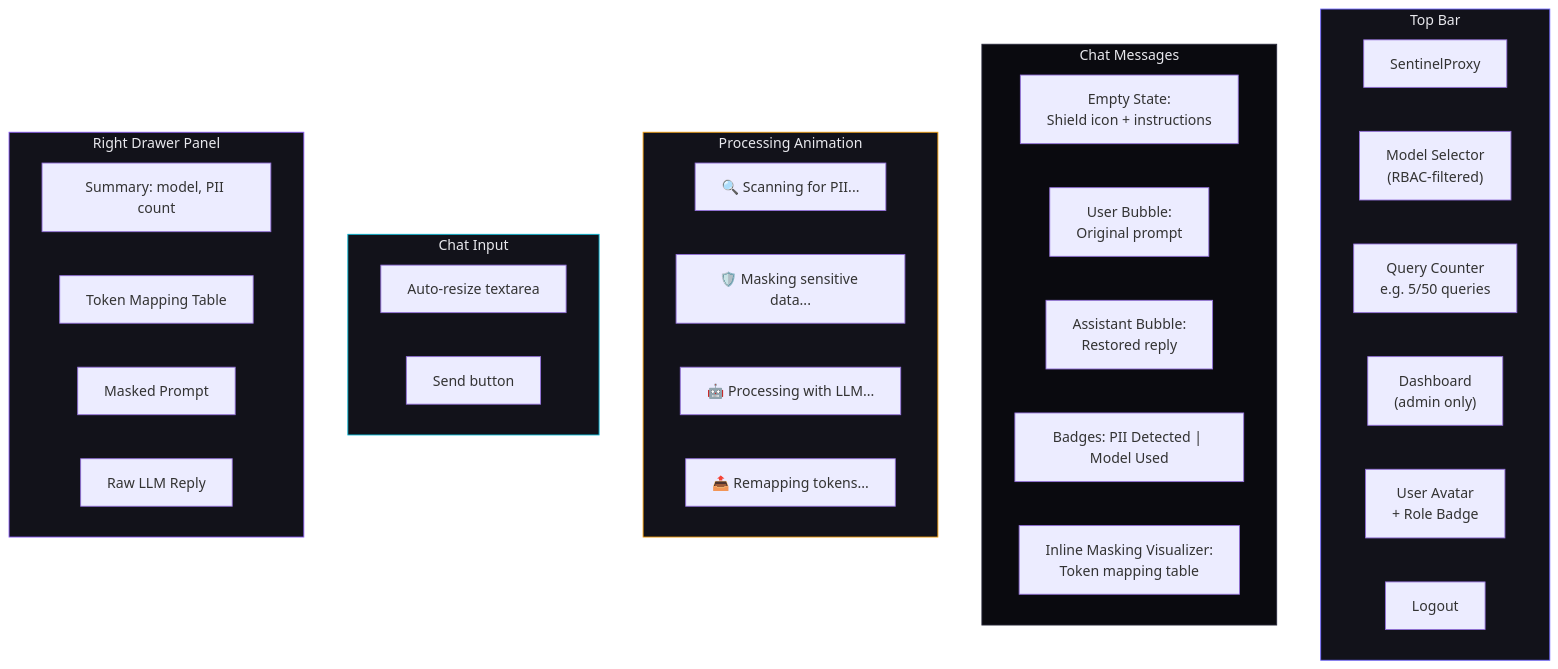
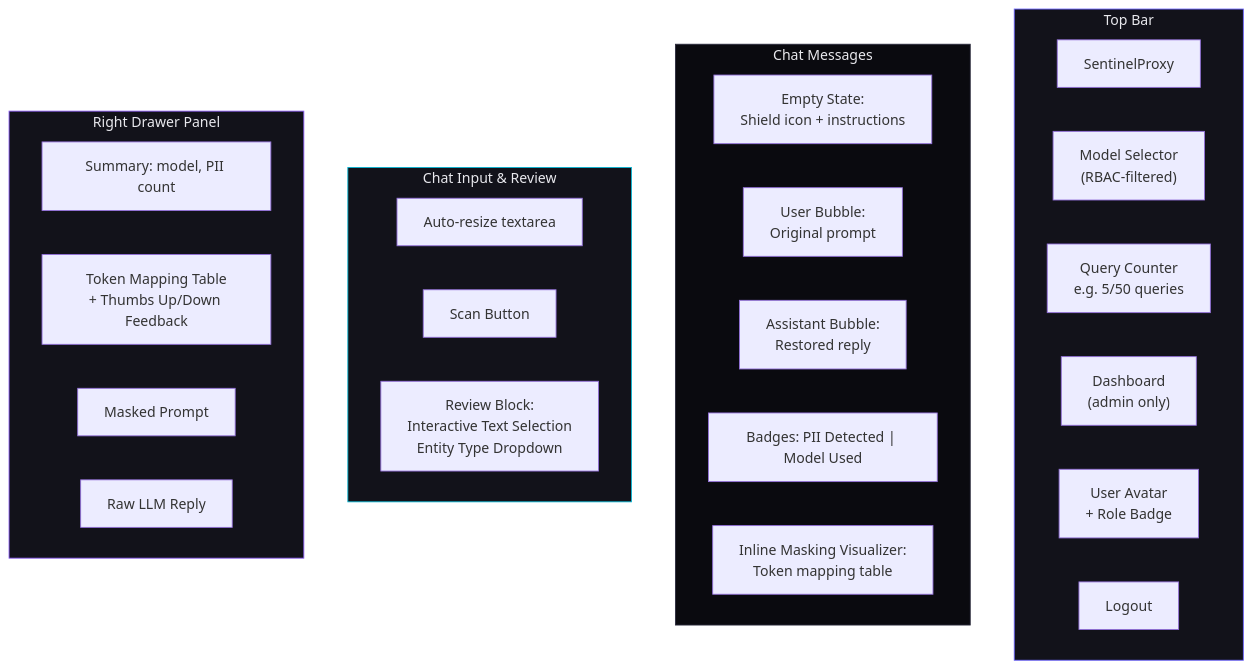
One commit to Adiladnan321/sentinalproxy changed the fifth of 6 diagrams in README.md. Above: the diagram before and after it, drawn with Mermaid. The commit also changed other lines of this file and 5 other files, not shown here.

````diff
--- a/README.md
+++ b/README.md
@@ -486,44 +530,37 @@
 ```mermaid
 graph TD
     subgraph TopBar["Top Bar"]
         BRAND["SentinelProxy"]
         MODEL["Model Selector<br/>(RBAC-filtered)"]
         LIMIT["Query Counter<br/>e.g. 5/50 queries"]
         ADMIN["Dashboard<br/>(admin only)"]
         PROFILE["User Avatar<br/>+ Role Badge"]
         LOGOUT[" Logout"]
     end
 
     subgraph ChatArea["Chat Messages"]
         EMPTY["Empty State:<br/>Shield icon + instructions"]
         USER_MSG["User Bubble:<br/>Original prompt"]
         ASST_MSG["Assistant Bubble:<br/>Restored reply"]
         BADGES["Badges: PII Detected | Model Used"]
         VIZ["Inline Masking Visualizer:<br/>Token mapping table"]
     end
 
-    subgraph Processing["Processing Animation"]
-        S1["🔍 Scanning for PII..."]
-        S2["🛡️ Masking sensitive data..."]
-        S3["🤖 Processing with LLM..."]
-        S4["📤 Remapping tokens..."]
-    end
-
-    subgraph InputArea["Chat Input"]
+    subgraph InputArea["Chat Input & Review"]
         TEXTAREA["Auto-resize textarea"]
-        SEND["Send button"]
+        SEND["Scan Button"]
+        REVIEW["Review Block:<br/>Interactive Text Selection<br/>Entity Type Dropdown"]
     end
 
     subgraph Drawer["Right Drawer Panel"]
         SUMMARY["Summary: model, PII count"]
-        MAPPING["Token Mapping Table"]
+        MAPPING["Token Mapping Table<br/>+ Thumbs Up/Down Feedback"]
         MASKED_P["Masked Prompt"]
         RAW_R["Raw LLM Reply"]
     end
 
     style TopBar fill:#12121a,stroke:#6c63ff,color:#e8e8ed
     style ChatArea fill:#0a0a0f,stroke:#2a2a3c,color:#e8e8ed
-    style Processing fill:#12121a,stroke:#f59e0b,color:#e8e8ed
     style InputArea fill:#12121a,stroke:#06b6d4,color:#e8e8ed
     style Drawer fill:#12121a,stroke:#8b5cf6,color:#e8e8ed
 ```
````
